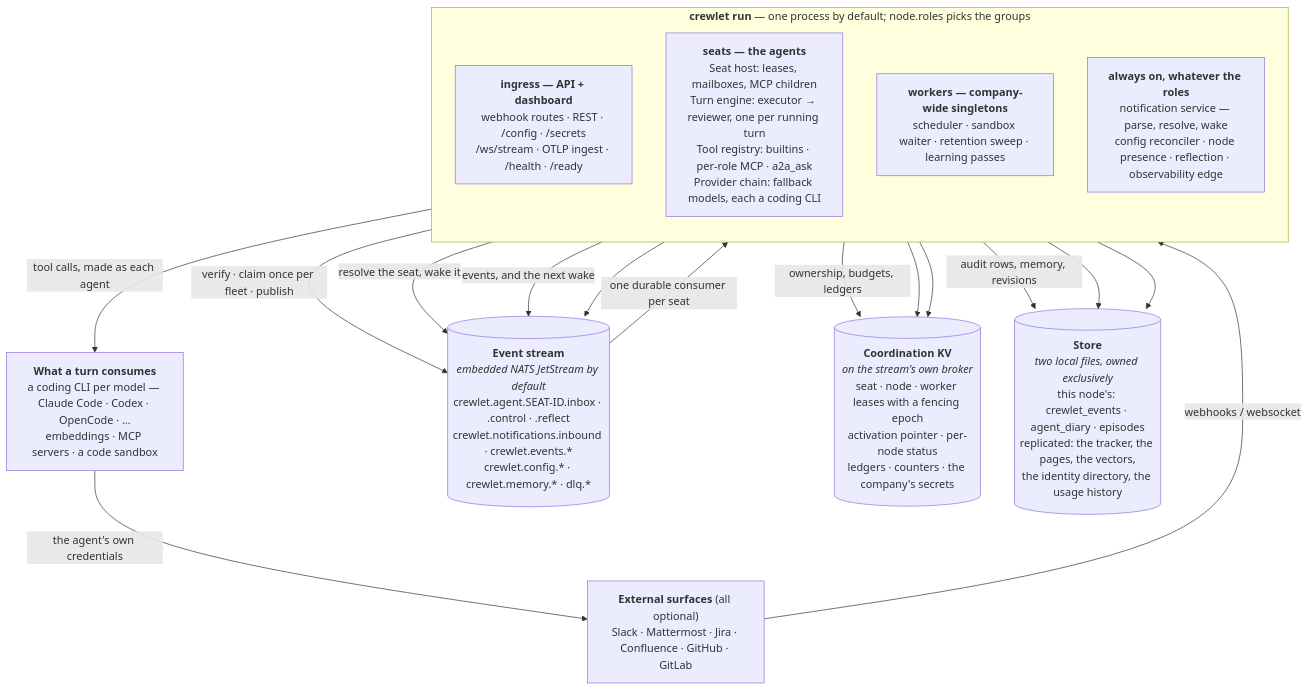
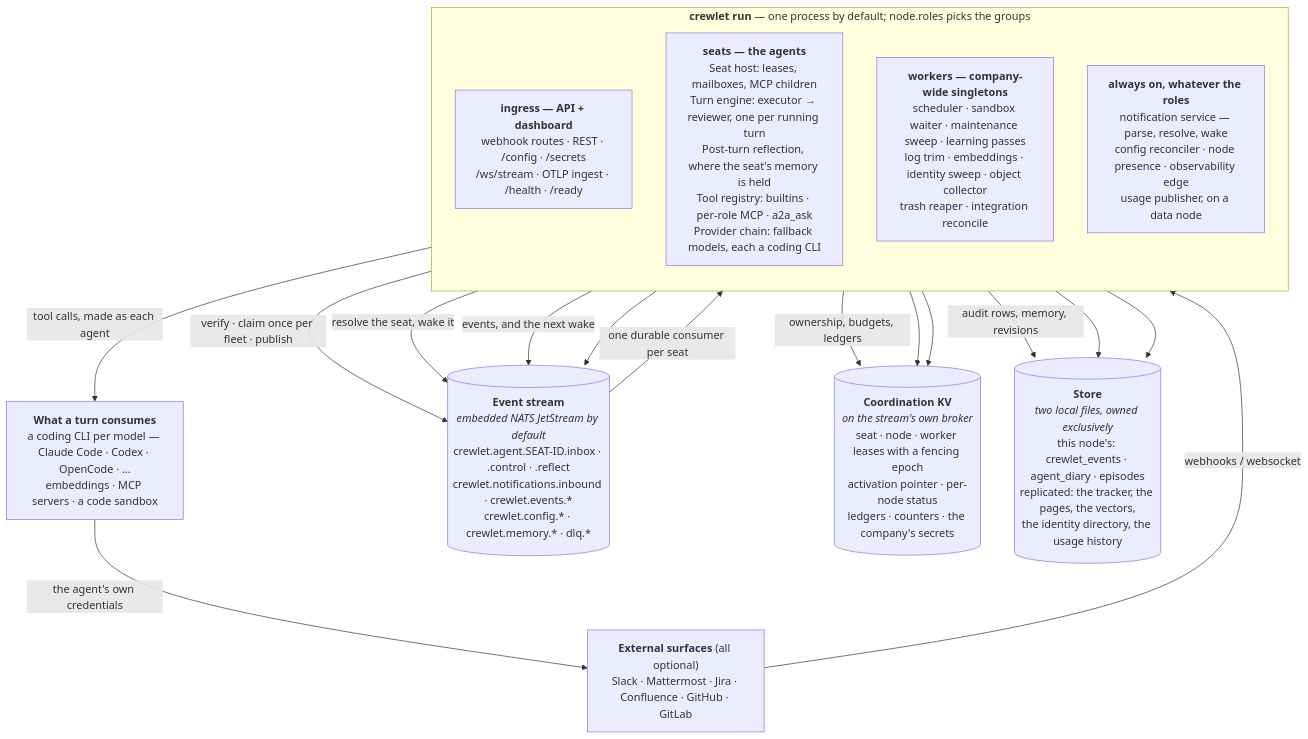
Before and after one commit to crewlet/crewlet: the diagram in docs/concepts/overview.md, drawn with Mermaid. The commit also changed 11 other files, not shown here.

````diff
--- a/docs/concepts/overview.md
+++ b/docs/concepts/overview.md
@@ -56,32 +56,32 @@
 ```mermaid
 flowchart TB
     EXT["<b>External surfaces</b> (all optional)<br/>Slack · Mattermost · Jira · Confluence · GitHub · GitLab"]
     SUPPLY["<b>What a turn consumes</b><br/>a coding CLI per model — Claude Code · Codex · OpenCode · …<br/>embeddings · MCP servers · a code sandbox"]
 
     subgraph proc["<b>crewlet run</b> — one process by default; node.roles picks the groups"]
         direction TB
         API["<b>ingress — API + dashboard</b><br/>webhook routes · REST · /config · /secrets<br/>/ws/stream · OTLP ingest · /health · /ready"]
-        SEAT["<b>seats — the agents</b><br/>Seat host: leases, mailboxes, MCP children<br/>Turn engine: executor → reviewer, one per running turn<br/>Tool registry: builtins · per-role MCP · a2a_ask<br/>Provider chain: fallback models, each a coding CLI"]
-        DUTY["<b>workers — company-wide singletons</b><br/>scheduler · sandbox waiter · retention sweep · learning passes"]
-        CORE["<b>always on, whatever the roles</b><br/>notification service — parse, resolve, wake<br/>config reconciler · node presence · reflection · observability edge"]
+        SEAT["<b>seats — the agents</b><br/>Seat host: leases, mailboxes, MCP children<br/>Turn engine: executor → reviewer, one per running turn<br/>Post-turn reflection, where the seat's memory is held<br/>Tool registry: builtins · per-role MCP · a2a_ask<br/>Provider chain: fallback models, each a coding CLI"]
+        DUTY["<b>workers — company-wide singletons</b><br/>scheduler · sandbox waiter · maintenance sweep · learning passes<br/>log trim · embeddings · identity sweep · object collector<br/>trash reaper · integration reconcile"]
+        CORE["<b>always on, whatever the roles</b><br/>notification service — parse, resolve, wake<br/>config reconciler · node presence · observability edge<br/>usage publisher, on a data node"]
     end
 
     STREAM[("<b>Event stream</b><br/><i>embedded NATS JetStream by default</i><br/>crewlet.agent.SEAT-ID.inbox · .control · .reflect<br/>crewlet.notifications.inbound · crewlet.events.*<br/>crewlet.config.* · crewlet.memory.* · dlq.*")]
     KV[("<b>Coordination KV</b><br/><i>on the stream's own broker</i><br/>seat · node · worker leases with a fencing epoch<br/>activation pointer · per-node status<br/>ledgers · counters · the company's secrets")]
     DB[("<b>Store</b><br/><i>two local files, owned exclusively</i><br/>this node's: crewlet_events · agent_diary · episodes<br/>replicated: the tracker, the pages, the vectors,<br/>the identity directory, the usage history")]
 
     EXT -->|"webhooks / websocket"| API
     API -->|"verify · claim once per fleet · publish"| STREAM
     CORE -->|"resolve the seat, wake it"| STREAM
     STREAM -->|"one durable consumer per seat"| SEAT
     SEAT -->|"tool calls, made as each agent"| SUPPLY
     SUPPLY -->|"the agent's own credentials"| EXT
     SEAT -->|"events, and the next wake"| STREAM
     DUTY --> STREAM
     SEAT -->|"ownership, budgets, ledgers"| KV
     CORE --> KV
     DUTY --> KV
     SEAT -->|"audit rows, memory, revisions"| DB
     CORE --> DB
     API --> DB
 ```
````
